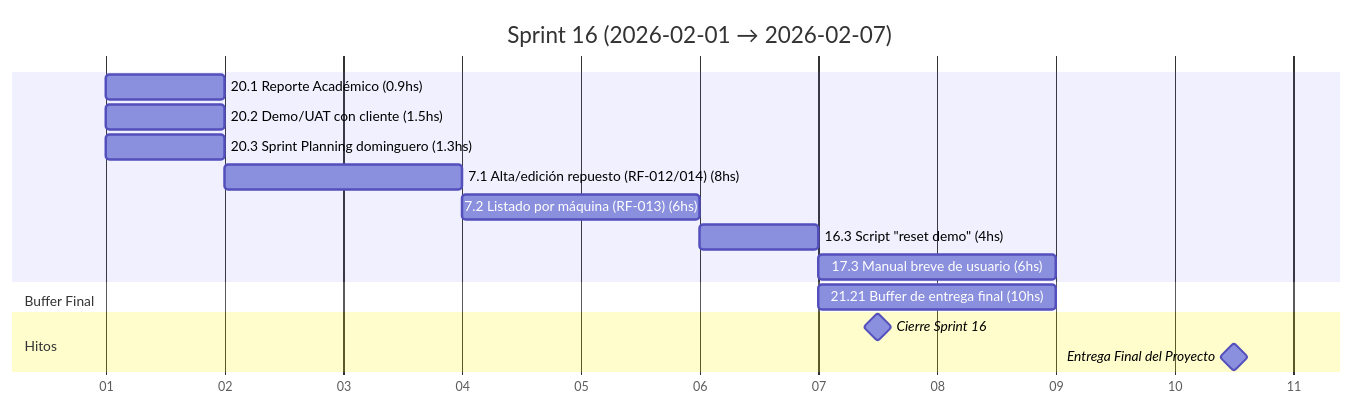
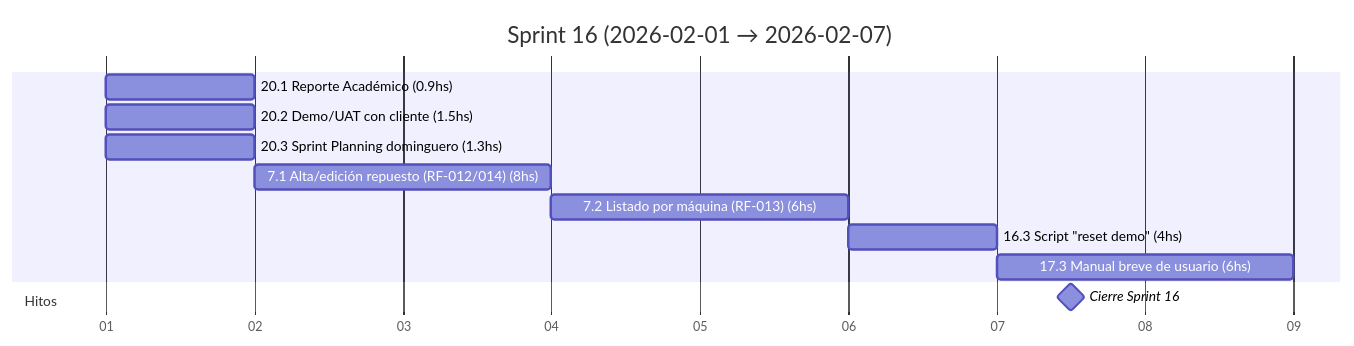
Before and after one commit to MarkMed/FleetMan: diagram 17 of 19 in docs/SprintsGantts.md, drawn with Mermaid. The commit also changed other lines of this file and 1 other file, not shown here.

````diff
--- a/docs/SprintsGantts.md
+++ b/docs/SprintsGantts.md
@@ -418,23 +417,19 @@
 ```mermaid
 gantt
   title Sprint 16 (2026-02-01 → 2026-02-07)
   dateFormat  YYYY-MM-DD
   axisFormat  %d
 
   %% Asumimos 5 h/día. Horas estimadas incluidas en el nombre.
 
   20.1 Reporte Académico (0.9hs)               :t201, 2026-02-01, 1d
   20.2 Demo/UAT con cliente (1.5hs)            :t202, 2026-02-01, 1d
   20.3 Sprint Planning dominguero (1.3hs)      :t203, 2026-02-01, 1d
   7.1 Alta/edición repuesto (RF-012/014) (8hs) :t71, after t203, 2d
   7.2 Listado por máquina (RF-013) (6hs)       :t72, after t71, 2d
   16.3 Script "reset demo" (4hs)               :t163, after t72, 1d
   17.3 Manual breve de usuario (6hs)           :t173, after t163, 2d
 
-  section Buffer Final
-  21.21 Buffer de entrega final (10hs)         :t2121, 2026-02-07, 2d
-
   section Hitos
   Cierre Sprint 16                             :milestone, s16, 2026-02-07, 1d
-  Entrega Final del Proyecto                    :milestone, acadfinal, 2026-02-10, 1d
 ```
````
